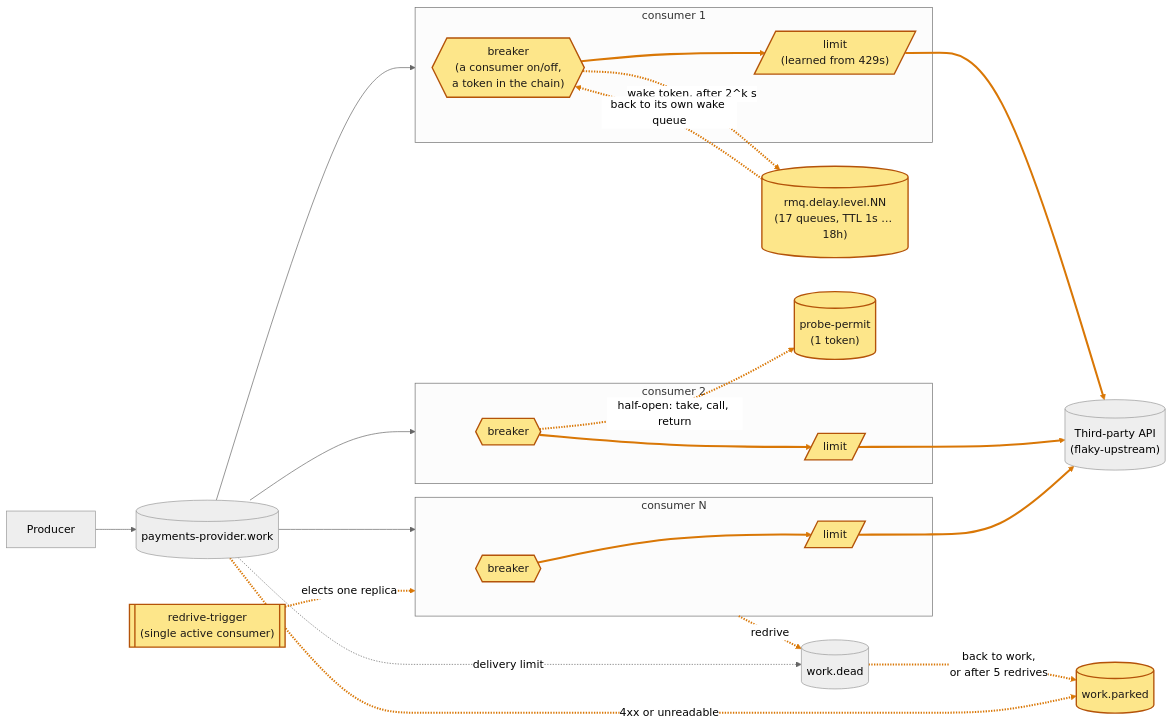
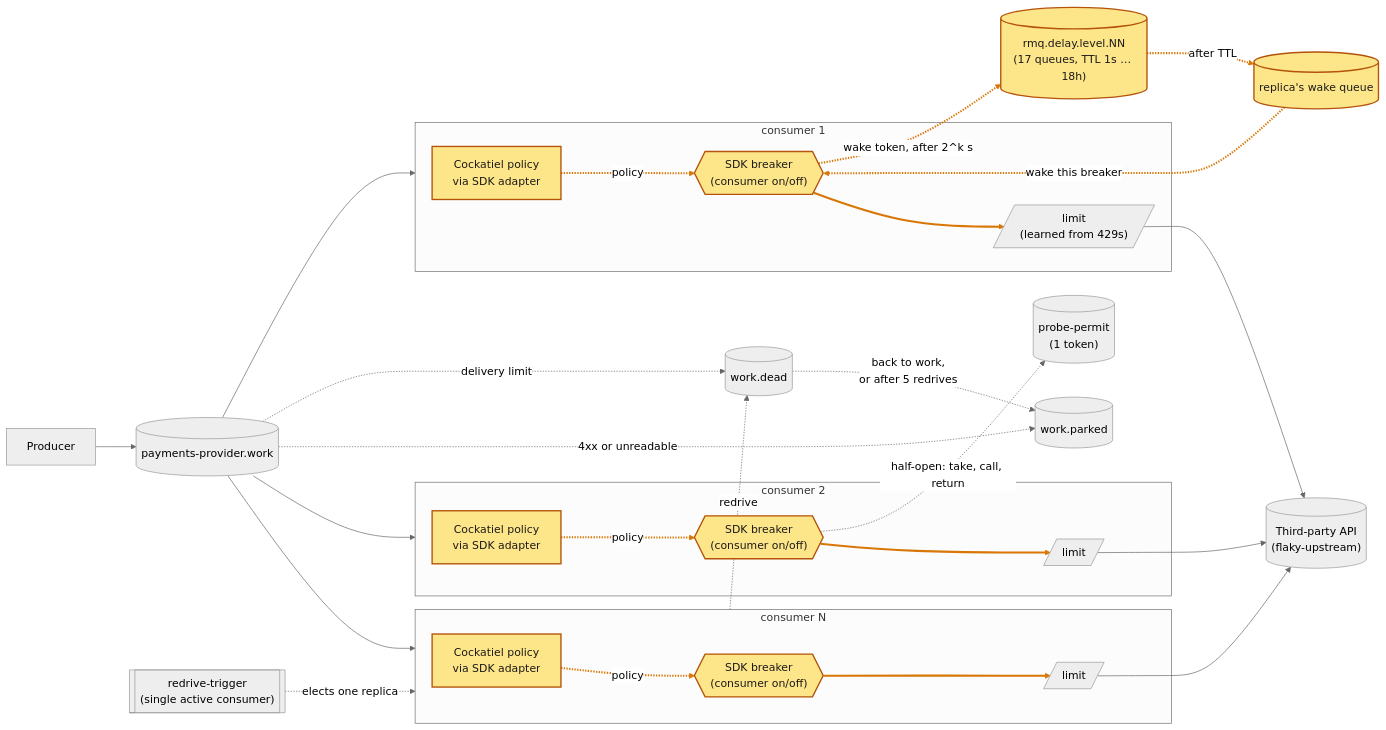
The diagram in README.md (lsfera/circuit-breaker-unboxing), drawn with Mermaid (neutral theme) before and after one commit. The commit also changed other lines of this file and 20 other files, not shown here.

First line of the commit message:
feat: decouple breaker policies from SDK

````diff
--- a/README.md
+++ b/README.md
@@ -21,40 +26,47 @@
 ```mermaid
 flowchart LR
   producer["Producer"] --> queue[("payments-provider.work")]
   subgraph c1["consumer 1"]
-    b1{{"breaker\n(a consumer on/off,\na token in the chain)"}}
+    p1["Cockatiel policy\nvia SDK adapter"]
+    b1{{"SDK breaker\n(consumer on/off)"}}
     l1[/"limit\n(learned from 429s)"/]
+    p1 -. "policy" .-> b1
   end
   subgraph c2["consumer 2"]
-    b2{{"breaker"}}
+    p2["Cockatiel policy\nvia SDK adapter"]
+    b2{{"SDK breaker\n(consumer on/off)"}}
     l2[/"limit"/]
+    p2 -. "policy" .-> b2
   end
   subgraph c3["consumer N"]
-    b3{{"breaker"}}
+    p3["Cockatiel policy\nvia SDK adapter"]
+    b3{{"SDK breaker\n(consumer on/off)"}}
     l3[/"limit"/]
+    p3 -. "policy" .-> b3
   end
   queue --> c1
   queue --> c2
   queue --> c3
   b1 -. "wake token, after 2^k s" .-> chain[("rmq.delay.level.NN\n(17 queues, TTL 1s … 18h)")]
-  chain -. "back to its own wake queue" .-> b1
+  chain -. "after TTL" .-> wake[("replica's wake queue")]
+  wake -. "wake this breaker" .-> b1
   b1 --> l1
   l1 --> api[("Third-party API\n(flaky-upstream)")]
   b2 --> l2
   l2 --> api
   b3 --> l3
   l3 --> api
   permit[("probe-permit\n(1 token)")]
   dead[("work.dead")]
   parked[("work.parked")]
   rtrigger[["redrive-trigger\n(single active consumer)"]]
   b2 -. "half-open: take, call, return" .-> permit
   queue -. "delivery limit" .-> dead
   rtrigger -. "elects one replica" .-> c3
   c3 -. "redrive" .-> dead
   dead -. "back to work,\nor after 5 redrives" .-> parked
   queue -. "4xx or unreadable" .-> parked
   classDef new fill:#fde68a,stroke:#b45309,stroke-width:2px,color:#1c1917
-  class b1,b2,b3,chain,permit,parked,rtrigger,l1,l2,l3 new
-  linkStyle 4,5,6,7,8,9,10,11,12,14,15,16,17 stroke:#d97706,stroke-width:3px
+  class p1,p2,p3,b1,b2,b3,chain,wake new
+  linkStyle 1,2,3,7,8,9,10,12,14 stroke:#d97706,stroke-width:3px
 ```
````
